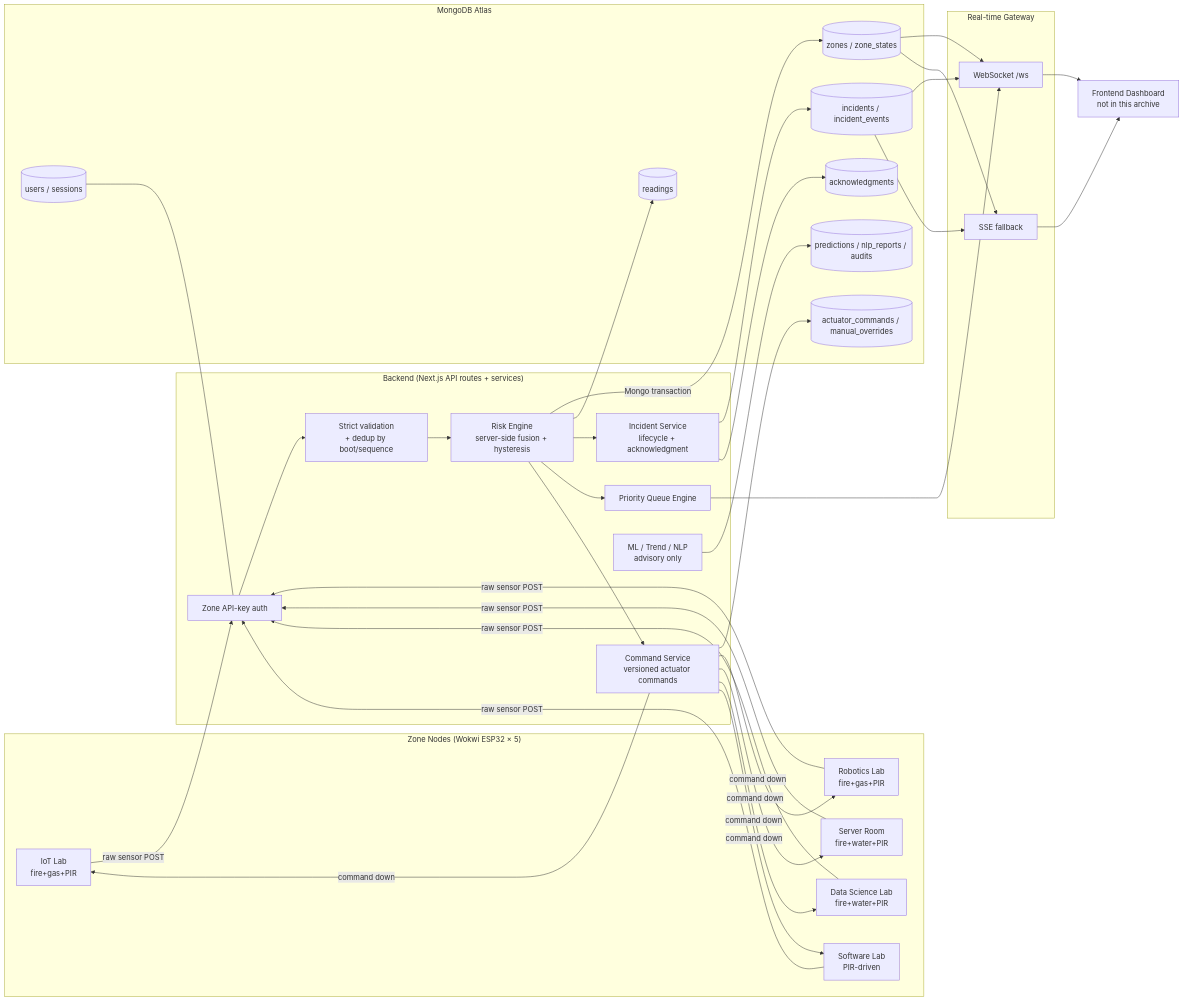
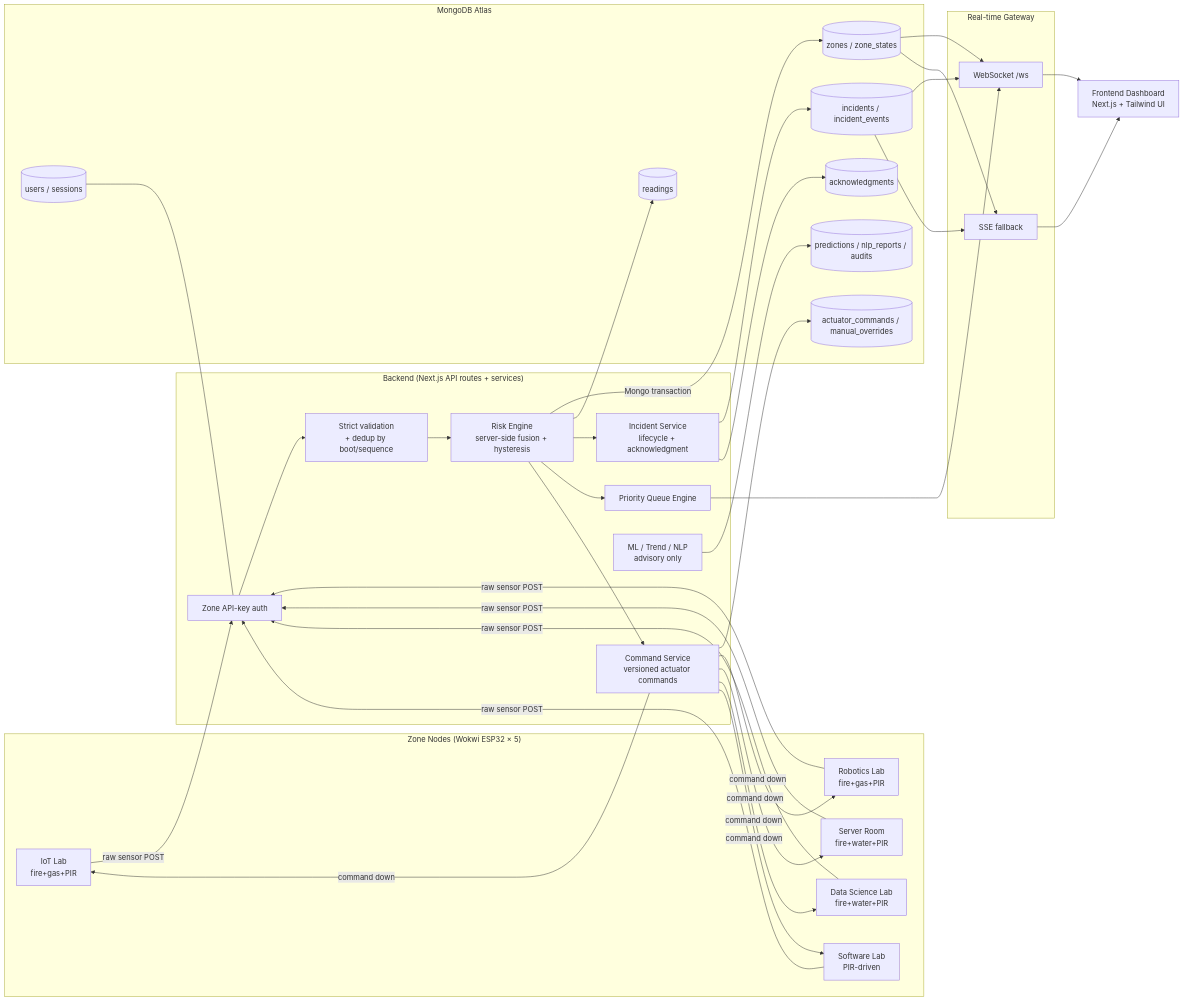
One commit to Atifhasan250/RoboFusion_SCS-RG_DevTork_R1 changed the first of 8 diagrams in docs/RoboFusion_SCS-RG_Diagrams.md. Above: the diagram before and after it, drawn with Mermaid. The commit also changed other lines of this file, not shown here.

Commit message:
docs: update diagrams to reflect completed frontend implementation

````diff
--- a/docs/RoboFusion_SCS-RG_Diagrams.md
+++ b/docs/RoboFusion_SCS-RG_Diagrams.md
@@ -10,50 +10,50 @@
 ```mermaid
 flowchart LR
   subgraph ZONES["Zone Nodes (Wokwi ESP32 × 5)"]
     Z1[IoT Lab<br/>fire+gas+PIR]
     Z2[Robotics Lab<br/>fire+gas+PIR]
     Z3[Server Room<br/>fire+water+PIR]
     Z4[Data Science Lab<br/>fire+water+PIR]
     Z5[Software Lab<br/>PIR-driven]
   end
 
   subgraph BACKEND["Backend (Next.js API routes + services)"]
     AUTH[Zone API-key auth]
     VAL[Strict validation<br/>+ dedup by boot/sequence]
     RISK[Risk Engine<br/>server-side fusion + hysteresis]
     INC[Incident Service<br/>lifecycle + acknowledgment]
     PRI[Priority Queue Engine]
     CMD[Command Service<br/>versioned actuator commands]
     ML[ML / Trend / NLP<br/>advisory only]
   end
 
   subgraph DB["MongoDB Atlas"]
     D1[(zones / zone_states)]
     D2[(readings)]
     D3[(incidents / incident_events)]
     D4[(acknowledgments)]
     D5[(actuator_commands / manual_overrides)]
     D6[(users / sessions)]
     D7[(predictions / nlp_reports / audits)]
   end
 
   subgraph RT["Real-time Gateway"]
     WS[WebSocket /ws]
     SSE[SSE fallback]
   end
 
-  FE[Frontend Dashboard<br/>not in this archive]
+  FE[Frontend Dashboard<br/>Next.js + Tailwind UI]
 
   Z1 & Z2 & Z3 & Z4 & Z5 -->|raw sensor POST| AUTH --> VAL --> RISK
   RISK -->|Mongo transaction| D1
   RISK --> D2
   RISK --> INC --> D3
   INC --> D4
   RISK --> PRI
   RISK --> CMD --> D5
   CMD -->|command down| Z1 & Z2 & Z3 & Z4 & Z5
   D6 --- AUTH
   ML --> D7
   D1 & D3 & PRI --> WS --> FE
   D1 & D3 --> SSE --> FE
 ```
````
